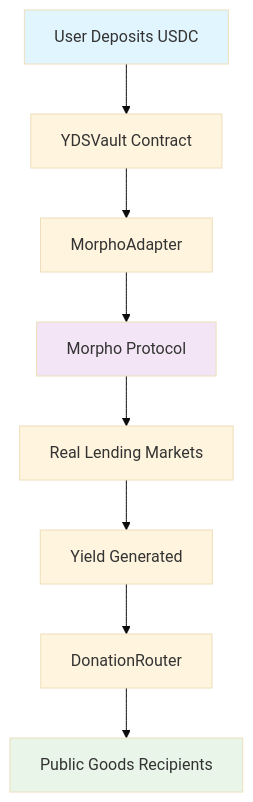
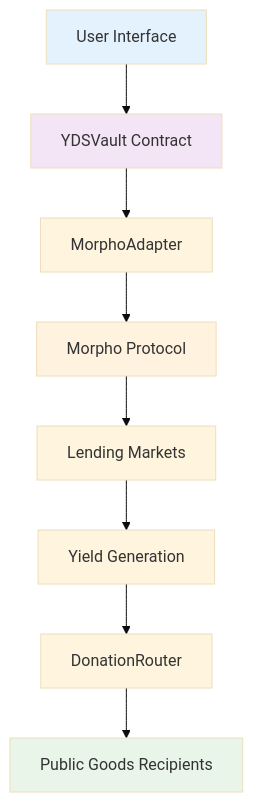
One commit to AnInsaneJimJam/octant-yds-example changed the diagram in README.md. Above: the diagram before and after it, drawn with Mermaid (base theme). The commit also changed other lines of this file, not shown here.

````diff
--- a/README.md
+++ b/README.md
@@ -32,14 +45,15 @@
 ```mermaid
 graph TD
-    A[User Deposits USDC] --> B[YDSVault Contract]
+    A[User Interface] --> B[YDSVault Contract]
     B --> C[MorphoAdapter]
     C --> D[Morpho Protocol]
-    D --> E[Real Lending Markets]
-    E --> F[Yield Generated]
+    D --> E[Lending Markets]
+    E --> F[Yield Generation]
     F --> G[DonationRouter]
     G --> H[Public Goods Recipients]
     
-    style A fill:#e1f5fe
-    style D fill:#f3e5f5
+    style A fill:#e3f2fd
+    style B fill:#f3e5f5
+    style D fill:#fff3e0
     style H fill:#e8f5e8
 ```
````
